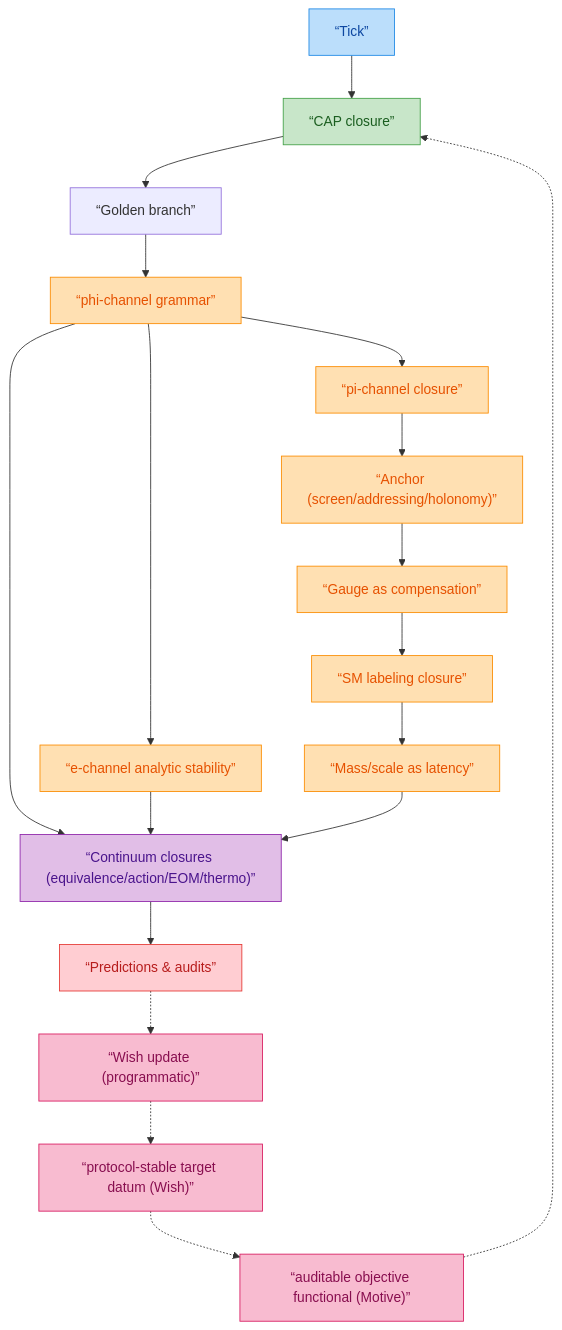
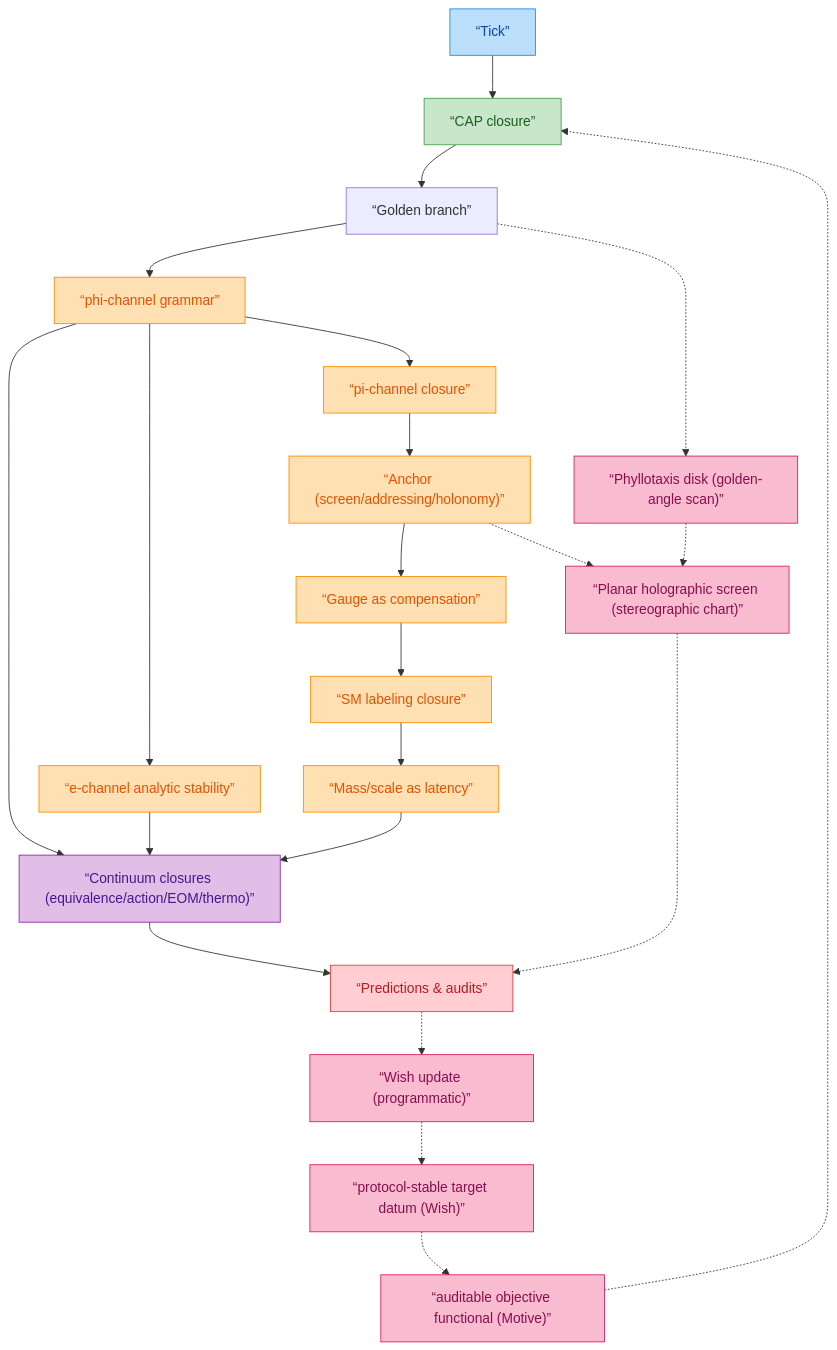
One commit to loning/the-omega changed the diagram in docs/papers/2025_z128_standard_model_stable_sector_hpa_omega/paper_outline.md. Above: the diagram before and after it, drawn with Mermaid. The commit also changed other lines of this file, not shown here.

````diff
--- a/docs/papers/2025_z128_standard_model_stable_sector_hpa_omega/paper_outline.md
+++ b/docs/papers/2025_z128_standard_model_stable_sector_hpa_omega/paper_outline.md
@@ -61,36 +63,40 @@
 ```mermaid
 flowchart TD
   %% closed-theory / closed chain (可作为主文证明链骨架)
   Tick["“Tick”"] --> CAP["“CAP closure”"]
   CAP --> GB["“Golden branch”"]
   GB --> Phi["“phi-channel grammar”"]
   Phi --> Pi["“pi-channel closure”"]
   Phi --> Echan["“e-channel analytic stability”"]
   Pi --> Anchor["“Anchor (screen/addressing/holonomy)”"]
   Anchor --> Gauge["“Gauge as compensation”"]
   Gauge --> SM["“SM labeling closure”"]
   SM --> Mass["“Mass/scale as latency”"]
   Phi --> Dyn["“Continuum closures (equivalence/action/EOM/thermo)”"]
   Echan --> Dyn
   Mass --> Dyn
   Dyn --> Tests["“Predictions & audits”"]
 
   %% interface/programmatic overlay (必须标注 not used in proofs)
   W["“protocol-stable target datum (Wish)”"] -.-> M["“auditable objective functional (Motive)”"]
   M -.-> CAP
+  GB -.-> Phyl["“Phyllotaxis disk (golden-angle scan)”"]
+  Anchor -.-> Screen["“Planar holographic screen (stereographic chart)”"]
+  Phyl -.-> Screen
+  Screen -.-> Tests
   Tests -.-> Update["“Wish update (programmatic)”"]
   Update -.-> W
 
   classDef tick fill:#BBDEFB,stroke:#1E88E5,color:#0D47A1;
   classDef cap fill:#C8E6C9,stroke:#43A047,color:#1B5E20;
   classDef core fill:#FFE0B2,stroke:#FB8C00,color:#E65100;
   classDef dyn fill:#E1BEE7,stroke:#8E24AA,color:#4A148C;
   classDef audit fill:#FFCDD2,stroke:#E53935,color:#B71C1C;
   classDef prog fill:#F8BBD0,stroke:#D81B60,color:#880E4F;
   class Tick tick;
   class CAP cap;
   class Phi,Pi,Echan,Anchor,Gauge,SM,Mass core;
   class Dyn dyn;
   class Tests audit;
-  class W,M,Update prog;
+  class W,M,Update,Phyl,Screen prog;
 ```
````
